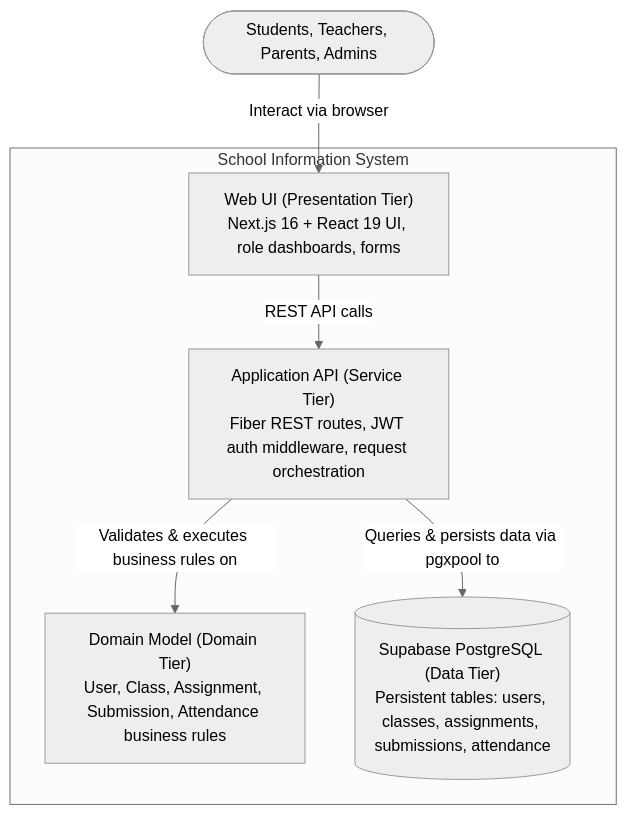
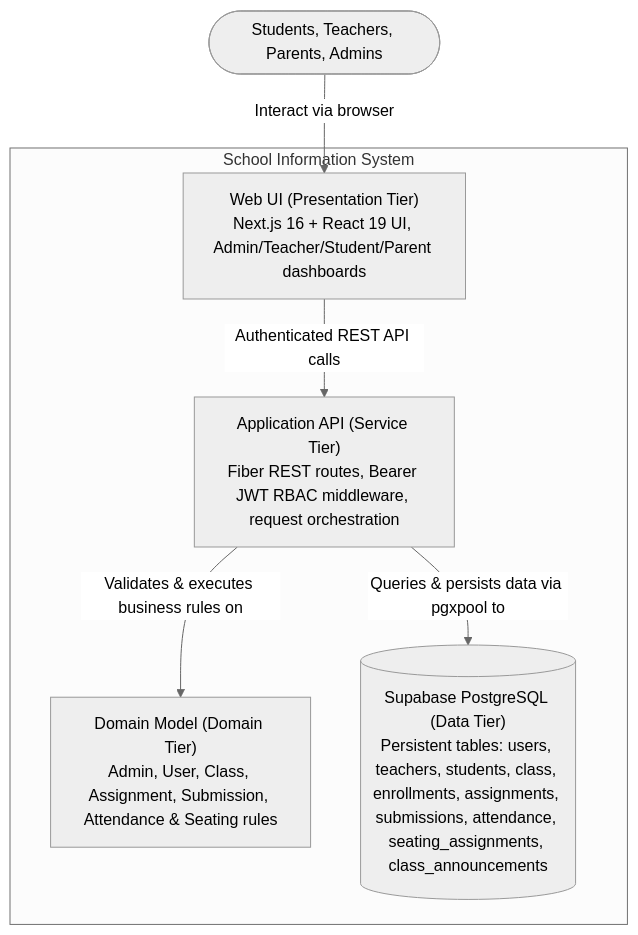
The second of 4 diagrams in README.md (JosephGabrie/cen5064-project-JosephGabrie), drawn with Mermaid (neutral theme) before and after one commit. The commit also changed other lines of this file and 22 other files, not shown here.

Commit message:
Harden admin auth & DB iteration, connect class pages, and update README scope & DB docs

````diff
--- a/README.md
+++ b/README.md
@@ -154,19 +230,19 @@
 ```mermaid
 %% Container view: containers match the 4-tier table above.
 flowchart TB
     Users([Students, Teachers, Parents, Admins]) --> |Interact via browser| ui
 
     subgraph SIS [School Information System]
-        ui["Web UI (Presentation Tier)<br/>Next.js 16 + React 19 UI, role dashboards, forms"] 
+        ui["Web UI (Presentation Tier)<br/>Next.js 16 + React 19 UI, Admin/Teacher/Student/Parent dashboards"] 
         
-        api["Application API (Service Tier)<br/>Fiber REST routes, JWT auth middleware, request orchestration"]
+        api["Application API (Service Tier)<br/>Fiber REST routes, Bearer JWT RBAC middleware, request orchestration"]
         
-        domain["Domain Model (Domain Tier)<br/>User, Class, Assignment, Submission, Attendance business rules"]
+        domain["Domain Model (Domain Tier)<br/>Admin, User, Class, Assignment, Submission, Attendance & Seating rules"]
         
-        db[("Supabase PostgreSQL (Data Tier)<br/>Persistent tables: users, classes, assignments, submissions, attendance")]
+        db[("Supabase PostgreSQL (Data Tier)<br/>Persistent tables: users, teachers, students, class, enrollments, assignments, submissions, attendance, seating_assignments, class_announcements")]
 
-        ui -->|REST API calls| api
+        ui -->|Authenticated REST API calls| api
         api -->|Validates & executes business rules on| domain
         api -->|Queries & persists data via pgxpool to| db
     end
 ```
````
